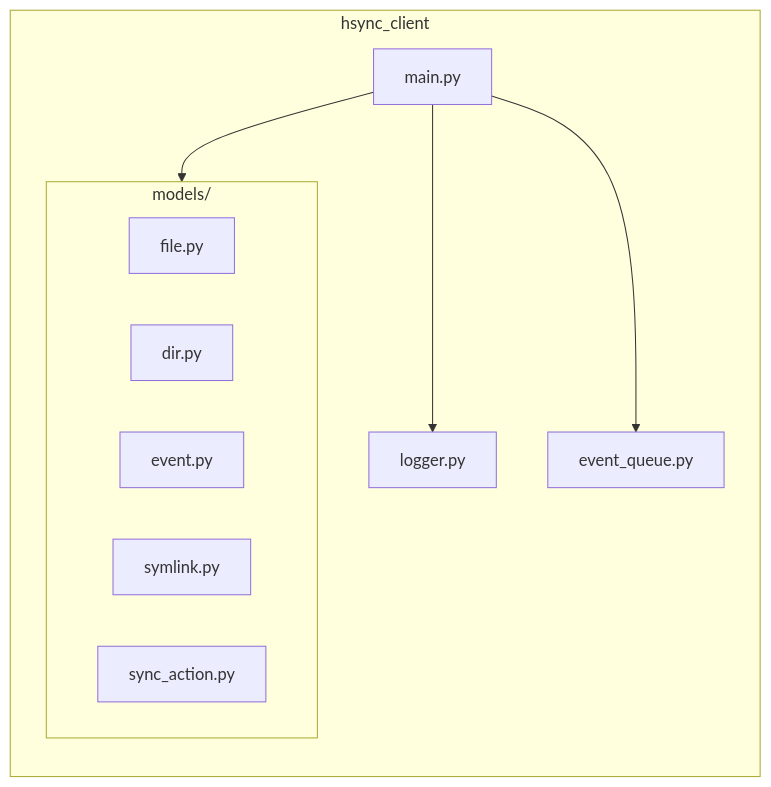
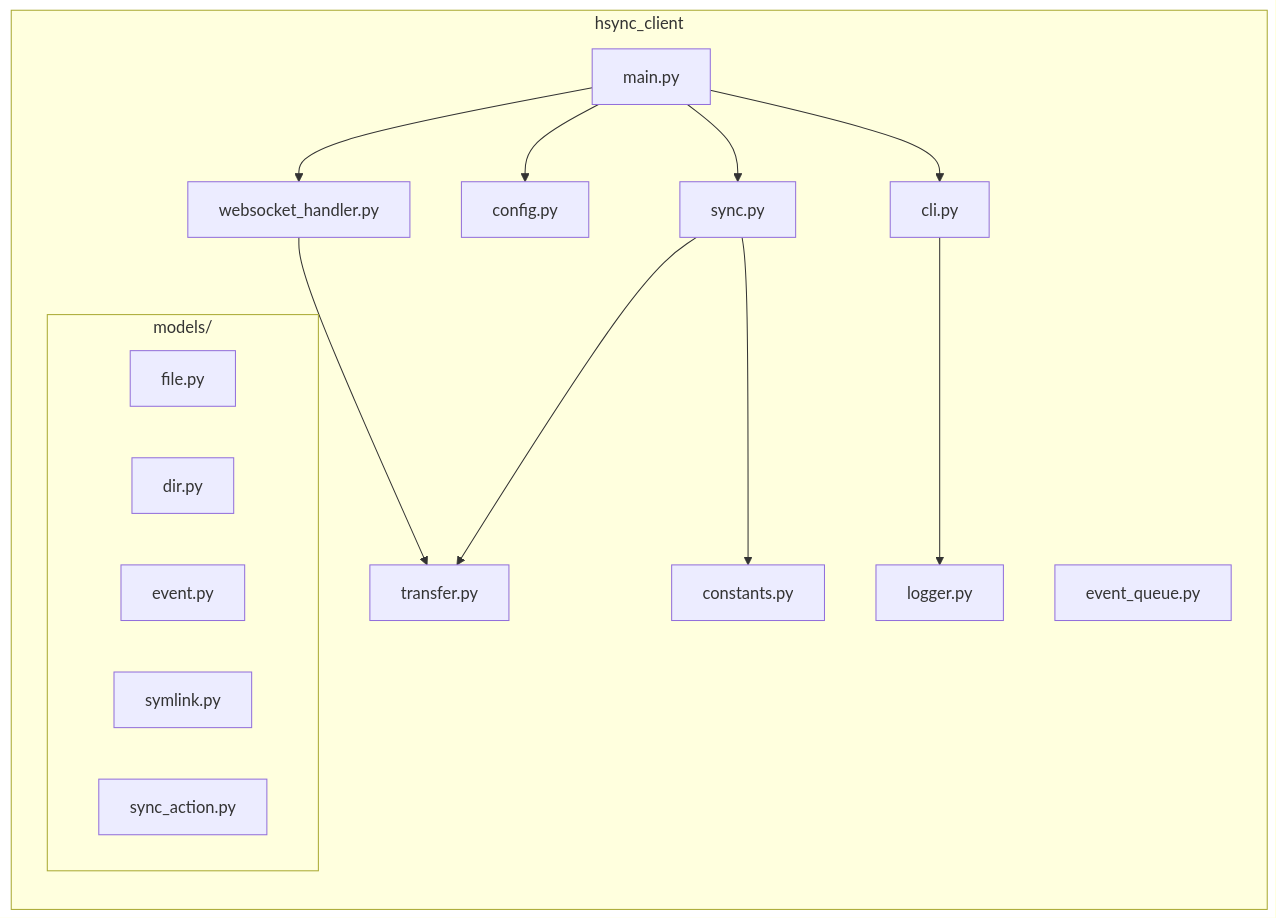
Before and after one commit to albertsdk/hsync-client: the second of 7 diagrams in docs/architecture.md, drawn with Mermaid. The commit also changed other lines of this file and 6 other files, not shown here.

````diff
--- a/docs/architecture.md
+++ b/docs/architecture.md
@@ -77,20 +77,31 @@
 ```mermaid
 graph LR
     subgraph "hsync_client"
         main[main.py]
+        cli[cli.py]
+        config[config.py]
+        constants[constants.py]
+        sync[sync.py]
+        transfer[transfer.py]
+        websocket[websocket_handler.py]
         logger[logger.py]
         event_queue[event_queue.py]
-        
+
         subgraph "models/"
             file[file.py]
             dir[dir.py]
             event[event.py]
             symlink[symlink.py]
             sync_action[sync_action.py]
         end
     end
 
-    main --> logger
-    main --> event_queue
-    main --> models/
+    main --> cli
+    main --> config
+    main --> sync
+    main --> websocket
+    sync --> transfer
+    sync --> constants
+    websocket --> transfer
+    cli --> logger
 ```
````
